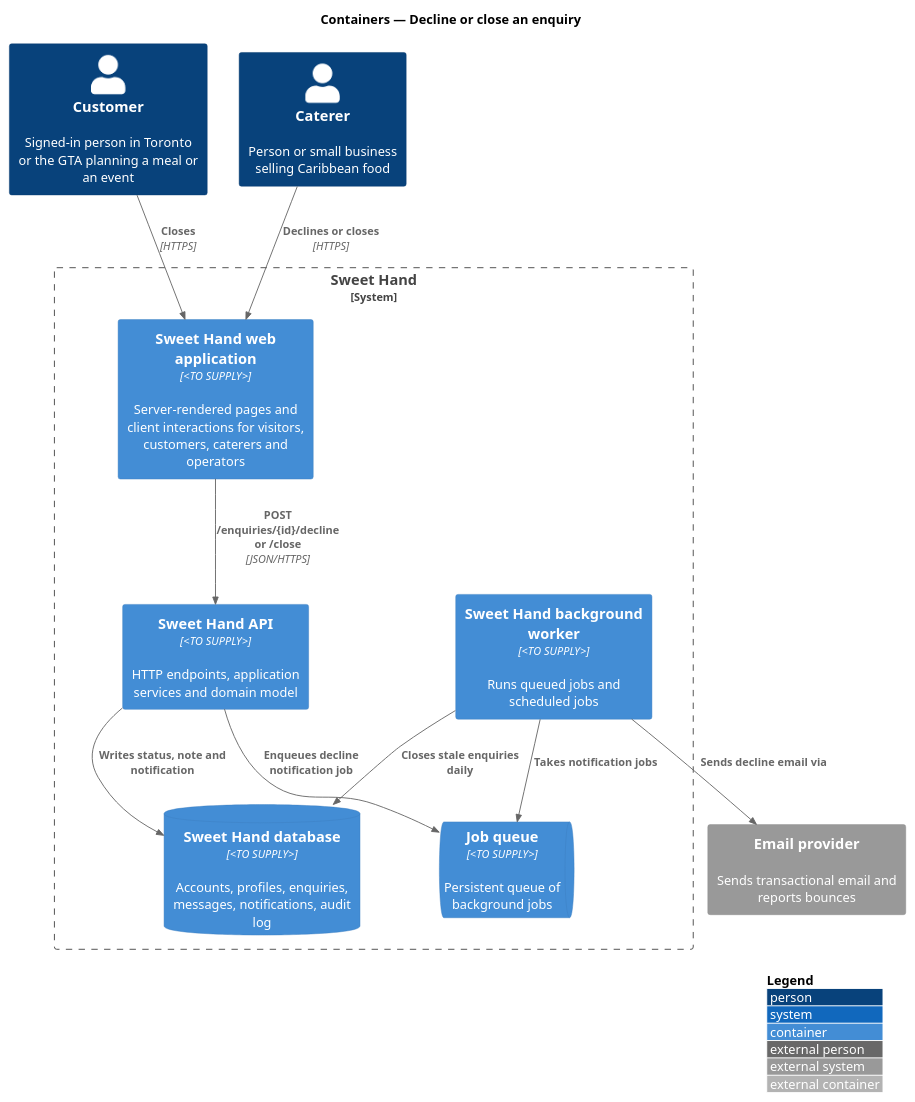
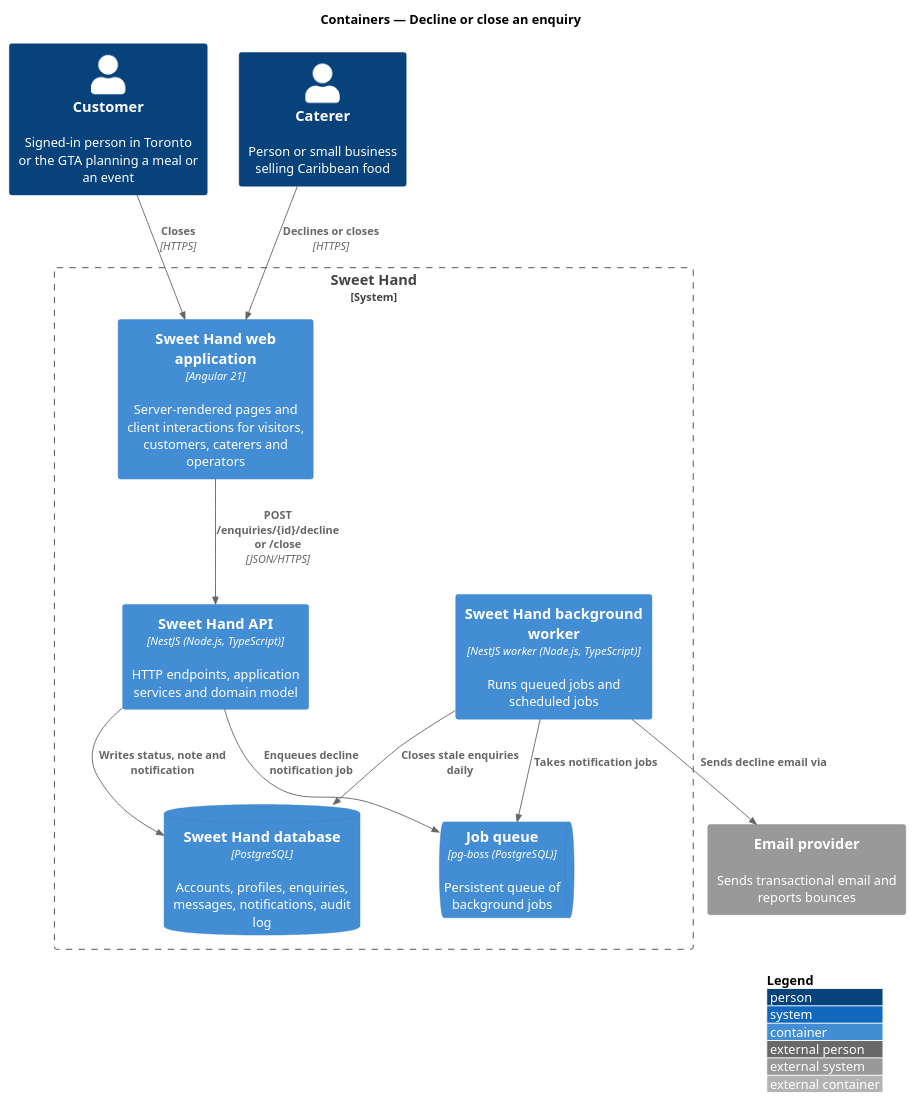
The diagram in docs/detailed-designs/enquiries/decline-or-close-enquiry/diagrams/c4-container.puml (QuinntyneBrown/sweet-hand), drawn with PlantUML before and after one commit. The commit also changed 39 other files, not shown here.

```diff
--- a/docs/detailed-designs/enquiries/decline-or-close-enquiry/diagrams/c4-container.puml
+++ b/docs/detailed-designs/enquiries/decline-or-close-enquiry/diagrams/c4-container.puml
@@ -1,25 +1,25 @@
 @startuml
 !include <C4/C4_Container>
 LAYOUT_WITH_LEGEND()
 title Containers — Decline or close an enquiry
 
 Person(customer, "Customer", "Signed-in person in Toronto or the GTA planning a meal or an event")
 Person(caterer, "Caterer", "Person or small business selling Caribbean food")
 System_Boundary(sweethand, "Sweet Hand") {
-  Container(web, "Sweet Hand web application", "<TO SUPPLY>", "Server-rendered pages and client interactions for visitors, customers, caterers and operators")
-  Container(api, "Sweet Hand API", "<TO SUPPLY>", "HTTP endpoints, application services and domain model")
-  Container(worker, "Sweet Hand background worker", "<TO SUPPLY>", "Runs queued jobs and scheduled jobs")
-  ContainerDb(db, "Sweet Hand database", "<TO SUPPLY>", "Accounts, profiles, enquiries, messages, notifications, audit log")
-  ContainerQueue(queue, "Job queue", "<TO SUPPLY>", "Persistent queue of background jobs")
+  Container(web, "Sweet Hand web application", "Angular 21", "Server-rendered pages and client interactions for visitors, customers, caterers and operators")
+  Container(api, "Sweet Hand API", "NestJS (Node.js, TypeScript)", "HTTP endpoints, application services and domain model")
+  Container(worker, "Sweet Hand background worker", "NestJS worker (Node.js, TypeScript)", "Runs queued jobs and scheduled jobs")
+  ContainerDb(db, "Sweet Hand database", "PostgreSQL", "Accounts, profiles, enquiries, messages, notifications, audit log")
+  ContainerQueue(queue, "Job queue", "pg-boss (PostgreSQL)", "Persistent queue of background jobs")
 }
 System_Ext(email, "Email provider", "Sends transactional email and reports bounces")
 
 Rel(caterer, web, "Declines or closes", "HTTPS")
 Rel(customer, web, "Closes", "HTTPS")
 Rel(web, api, "POST /enquiries/{id}/decline or /close", "JSON/HTTPS")
 Rel(api, db, "Writes status, note and notification")
 Rel(api, queue, "Enqueues decline notification job")
 Rel(worker, db, "Closes stale enquiries daily")
 Rel(worker, queue, "Takes notification jobs")
 Rel(worker, email, "Sends decline email via")
 @enduml
```
